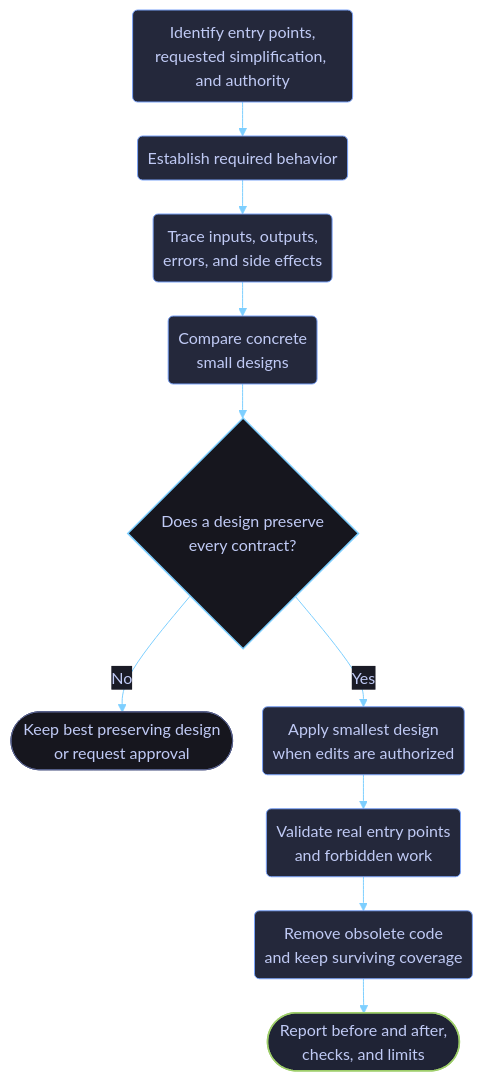
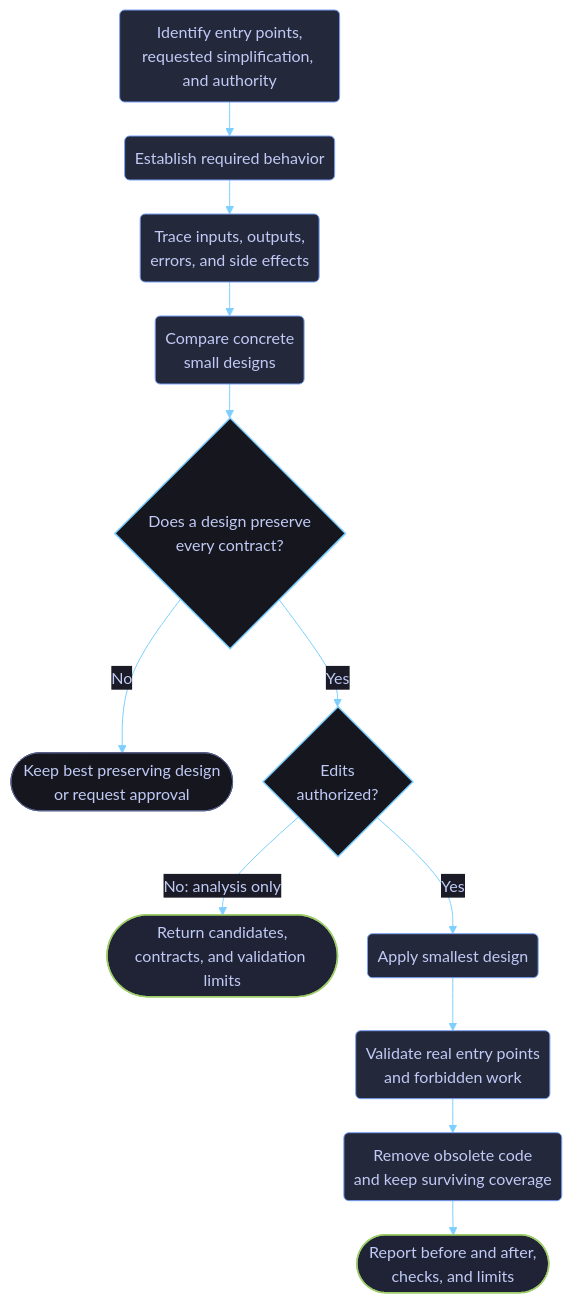
The diagram in docs/skill-workflows/surgical-refactoring.md (dvo-dev/copilot-guidance), drawn with Mermaid before and after one commit. The commit also changed other lines of this file and 11 other files, not shown here.

````diff
--- a/docs/skill-workflows/surgical-refactoring.md
+++ b/docs/skill-workflows/surgical-refactoring.md
@@ -15,22 +15,24 @@
 ```mermaid
 %%{init: {"theme":"base","themeVariables":{"background":"#1a1b26","primaryColor":"#24283b","primaryTextColor":"#c0caf5","primaryBorderColor":"#7aa2f7","secondaryColor":"#1f2335","secondaryTextColor":"#c0caf5","secondaryBorderColor":"#bb9af7","tertiaryColor":"#16161e","tertiaryTextColor":"#c0caf5","tertiaryBorderColor":"#7dcfff","lineColor":"#7dcfff","textColor":"#c0caf5","mainBkg":"#24283b","nodeBorder":"#7aa2f7","clusterBkg":"#16161e","clusterBorder":"#565f89","defaultLinkColor":"#7dcfff","edgeLabelBackground":"#1a1b26","titleColor":"#bb9af7","fontFamily":"ui-monospace, SFMono-Regular, Menlo, Monaco, Consolas, Liberation Mono, monospace"},"flowchart":{"curve":"basis","htmlLabels":true,"nodeSpacing":30,"rankSpacing":34,"padding":10}}}%%
 flowchart TD
     A("Identify entry points,<br/>requested simplification, and authority") --> B("Establish required behavior")
     B --> C("Trace inputs, outputs,<br/>errors, and side effects")
     C --> D("Compare concrete<br/>small designs")
     D --> E{"Does a design preserve<br/>every contract?"}
     E -->|No| F(["Keep best preserving design<br/>or request approval"])
-    E -->|Yes| G("Apply smallest design<br/>when edits are authorized")
+    E -->|Yes| AUTH{"Edits<br/>authorized?"}
+    AUTH -->|No: analysis only| RETURN(["Return candidates,<br/>contracts, and validation limits"])
+    AUTH -->|Yes| G("Apply smallest design")
     G --> H("Validate real entry points<br/>and forbidden work")
     H --> I("Remove obsolete code<br/>and keep surviving coverage")
     I --> J(["Report before and after,<br/>checks, and limits"])
 
     classDef stage fill:#24283b,stroke:#7aa2f7,stroke-width:1px,color:#c0caf5;
     classDef outcome fill:#1f2335,stroke:#9ece6a,stroke-width:1.5px,color:#c0caf5;
     classDef terminal fill:#16161e,stroke:#565f89,stroke-width:1px,color:#c0caf5;
     classDef decision fill:#16161e,stroke:#7dcfff,stroke-width:1.5px,color:#c0caf5;
     class A,B,C,D,G,H,I stage;
-    class J outcome;
+    class J,RETURN outcome;
     class F terminal;
-    class E decision;
+    class E,AUTH decision;
 ```
````
